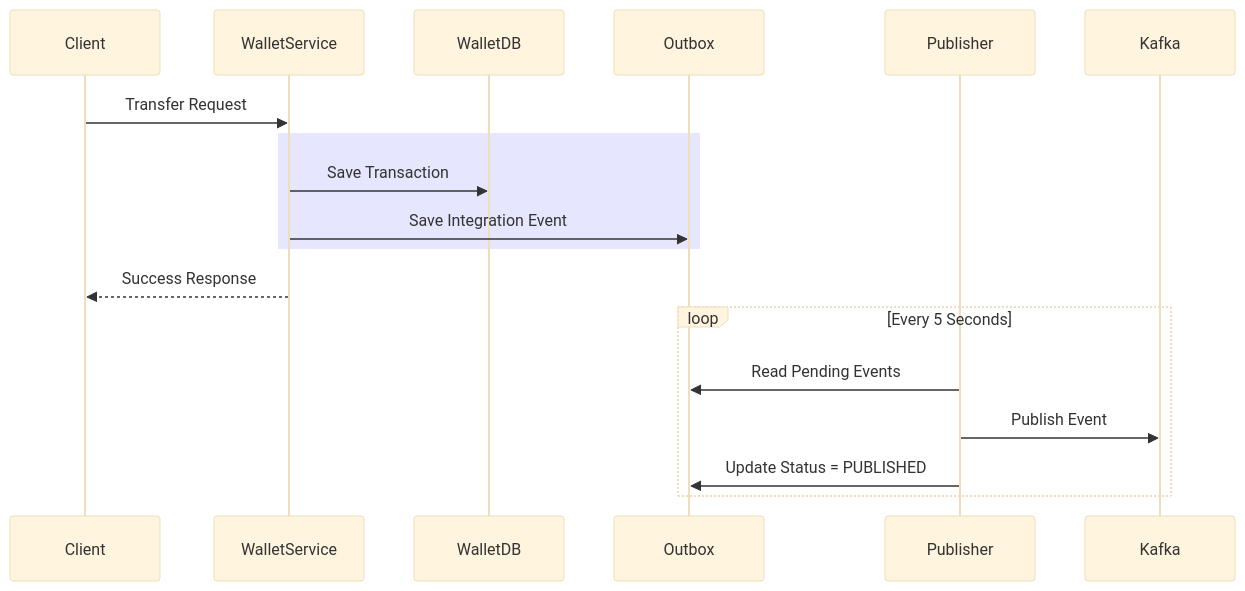
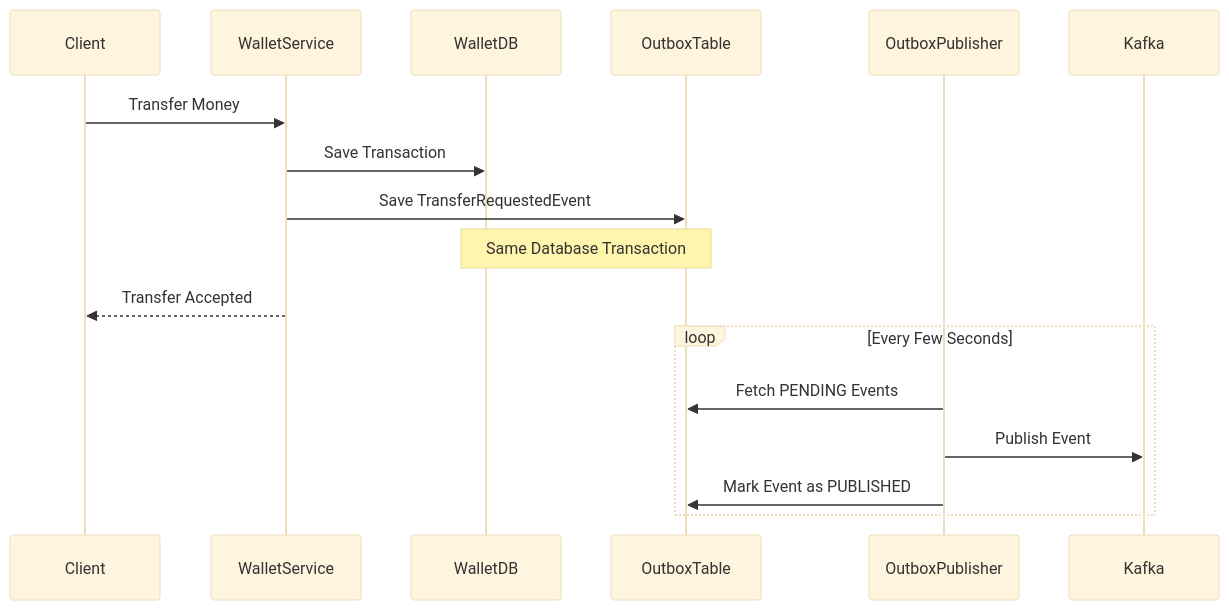
The third of 3 diagrams in README.md (RAGHUVANSHI2024/PayFlow-V2), drawn with Mermaid (base theme) before and after one commit.

Commit message:
Update README to reflect changes in event handling

````diff
--- a/README.md
+++ b/README.md
@@ -256,25 +256,25 @@
 ```mermaid
 sequenceDiagram
 
     participant Client
     participant WalletService
     participant WalletDB
-    participant Outbox
-    participant Publisher
+    participant OutboxTable
+    participant OutboxPublisher
     participant Kafka
 
-    Client->>WalletService: Transfer Request
+    Client->>WalletService: Transfer Money
 
-    rect rgb(230,230,255)
-        WalletService->>WalletDB: Save Transaction
-        WalletService->>Outbox: Save Integration Event
-    end
+    WalletService->>WalletDB: Save Transaction
+    WalletService->>OutboxTable: Save TransferRequestedEvent
 
-    WalletService-->>Client: Success Response
+    Note over WalletDB,OutboxTable: Same Database Transaction
 
-    loop Every 5 Seconds
-        Publisher->>Outbox: Read Pending Events
-        Publisher->>Kafka: Publish Event
-        Publisher->>Outbox: Update Status = PUBLISHED
+    WalletService-->>Client: Transfer Accepted
+
+    loop Every Few Seconds
+        OutboxPublisher->>OutboxTable: Fetch PENDING Events
+        OutboxPublisher->>Kafka: Publish Event
+        OutboxPublisher->>OutboxTable: Mark Event as PUBLISHED
     end
 ```
````
